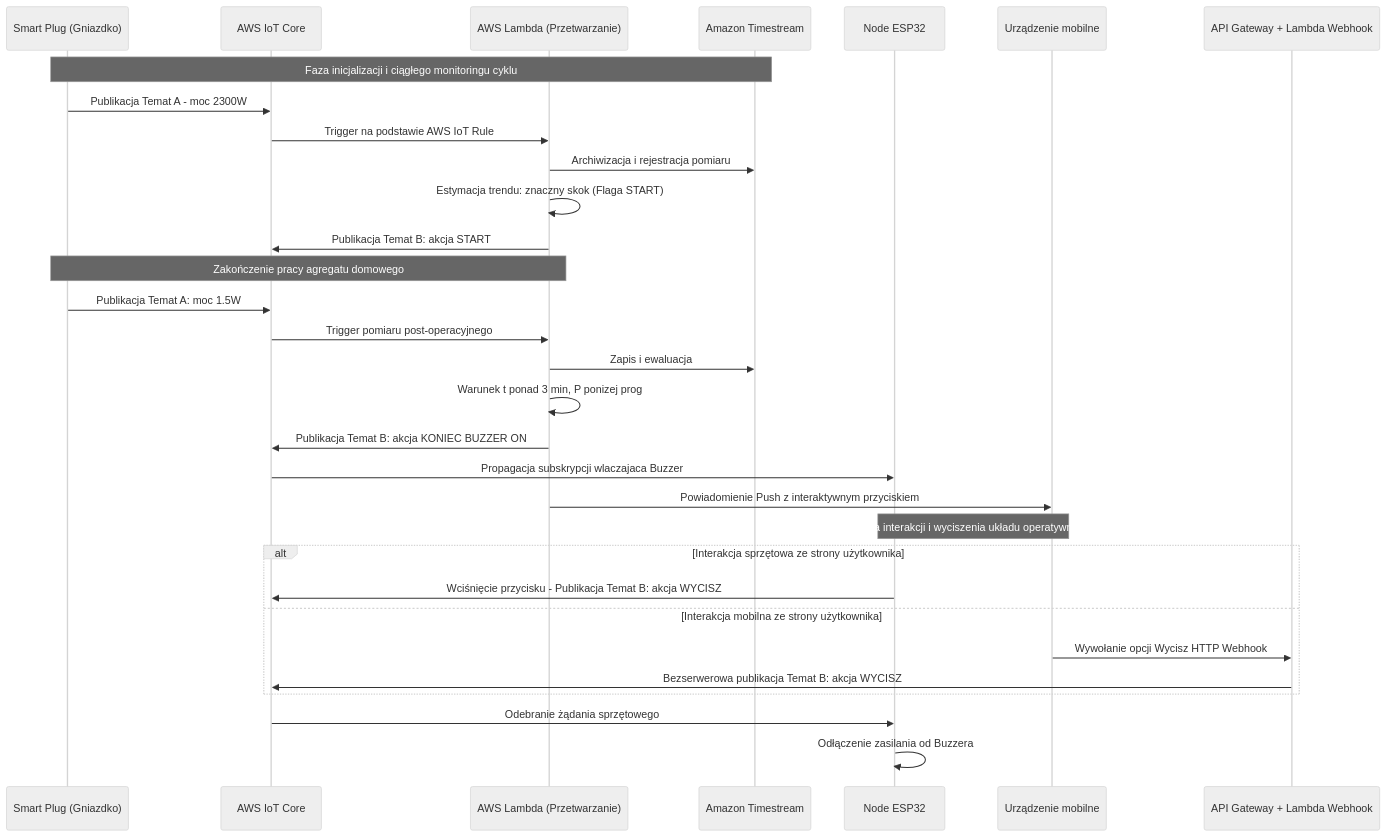
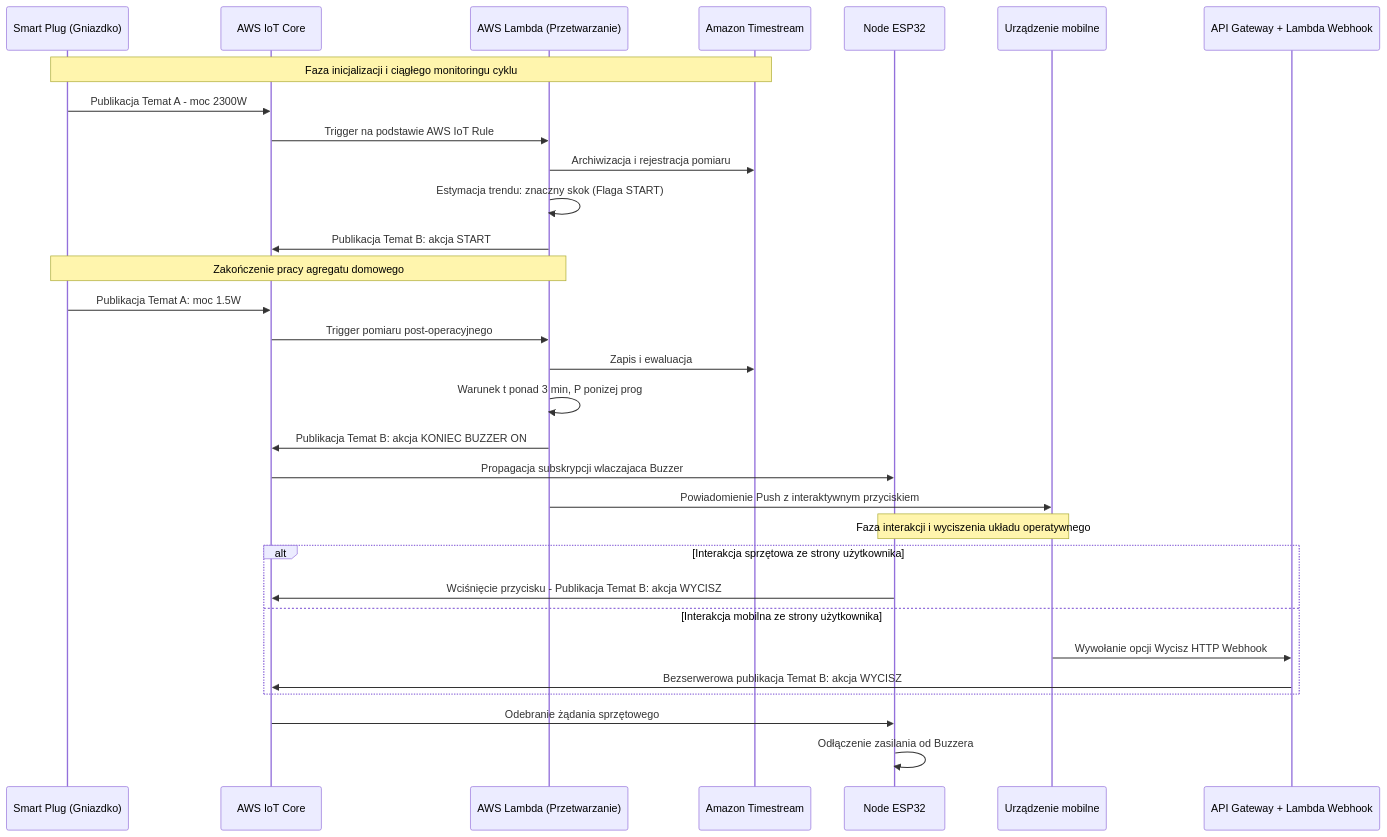
One commit to kfijalkowski1/scir changed the second of 2 diagrams in docs/scir_26l.md. Above: the diagram before and after it, drawn with Mermaid. The commit also changed other lines of this file, not shown here.

Commit message:
Remove neutral theme

````diff
--- a/docs/scir_26l.md
+++ b/docs/scir_26l.md
@@ -108,44 +108,44 @@
 ```mermaid
 ---
 config:
   layout: elk
-  theme: neutral
+  <!-- theme: neutral -->
 ---
 sequenceDiagram
     participant Plug as Smart Plug (Gniazdko)
     participant IoT as AWS IoT Core
     participant Lambda as AWS Lambda (Przetwarzanie)
     participant DB as Amazon Timestream
     participant ESP as Node ESP32 
     participant Phone as Urządzenie mobilne
     participant API as API Gateway + Lambda Webhook
 
     Note over Plug, DB: Faza inicjalizacji i ciągłego monitoringu cyklu
     Plug->>IoT: Publikacja Temat A - moc 2300W
     IoT->>Lambda: Trigger na podstawie AWS IoT Rule
     Lambda->>DB: Archiwizacja i rejestracja pomiaru
     Lambda->>Lambda: Estymacja trendu: znaczny skok (Flaga START)
     Lambda->>IoT: Publikacja Temat B: akcja START
 
     Note over Plug, Lambda: Zakończenie pracy agregatu domowego
     Plug->>IoT: Publikacja Temat A: moc 1.5W
     IoT->>Lambda: Trigger pomiaru post-operacyjnego
     Lambda->>DB: Zapis i ewaluacja
     Lambda->>Lambda: Warunek t ponad 3 min, P ponizej prog
     
     Lambda->>IoT: Publikacja Temat B: akcja KONIEC BUZZER ON
     IoT->>ESP: Propagacja subskrypcji wlaczajaca Buzzer
     Lambda->>Phone: Powiadomienie Push z interaktywnym przyciskiem
 
     Note over ESP, Phone: Faza interakcji i wyciszenia układu operatywnego
     
     alt Interakcja sprzętowa ze strony użytkownika
         ESP->>IoT: Wciśnięcie przycisku - Publikacja Temat B: akcja WYCISZ
     else Interakcja mobilna ze strony użytkownika
         Phone->>API: Wywołanie opcji Wycisz HTTP Webhook
         API->>IoT: Bezserwerowa publikacja Temat B: akcja WYCISZ
     end
     
     IoT->>ESP: Odebranie żądania sprzętowego
     ESP->>ESP: Odłączenie zasilania od Buzzera
 ```
````
